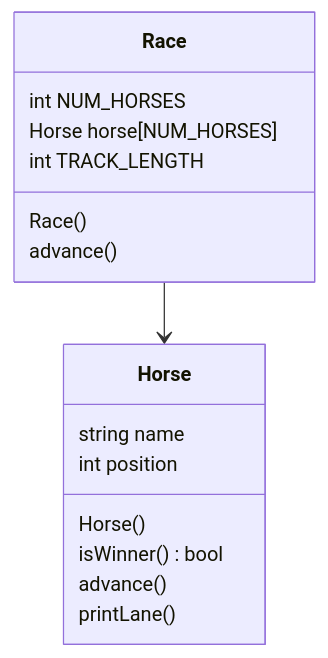
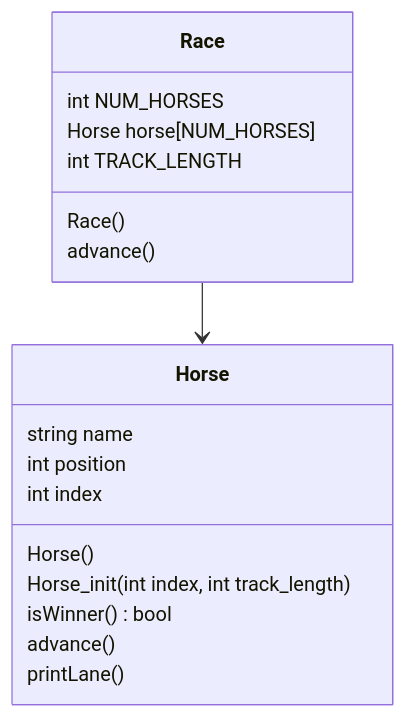
Before and after one commit to alexanderbell-ctrl/project5: the diagram in README.md, drawn with Mermaid. The commit also changed other lines of this file, not shown here.

````diff
--- a/README.md
+++ b/README.md
@@ -5,22 +5,24 @@
 ```mermaid
 classDiagram
 
 class Horse {
     string name
     int position
+    int index
     Horse()
+    Horse_init(int index, int track_length)
     isWinner() bool
     advance()
     printLane()
 }
 class Race {
     int NUM_HORSES
     Horse horse[NUM_HORSES]
     int TRACK_LENGTH
     Race()
     advance()
 }
 
 
 Race --> Horse
 ```
````
